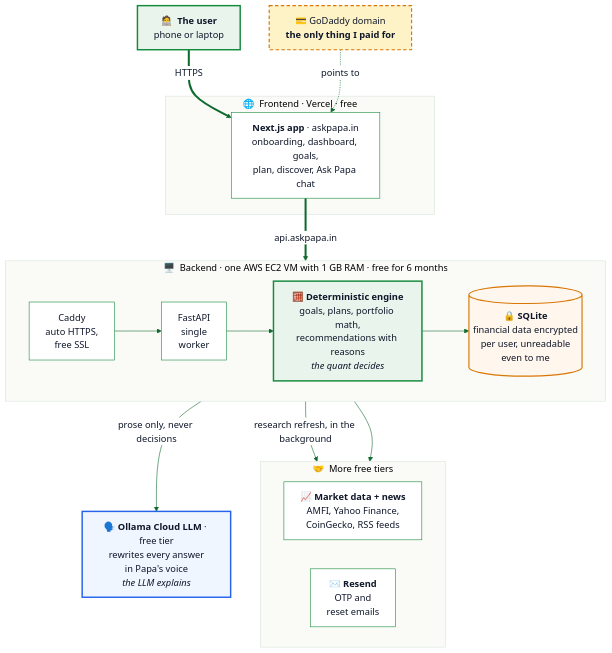
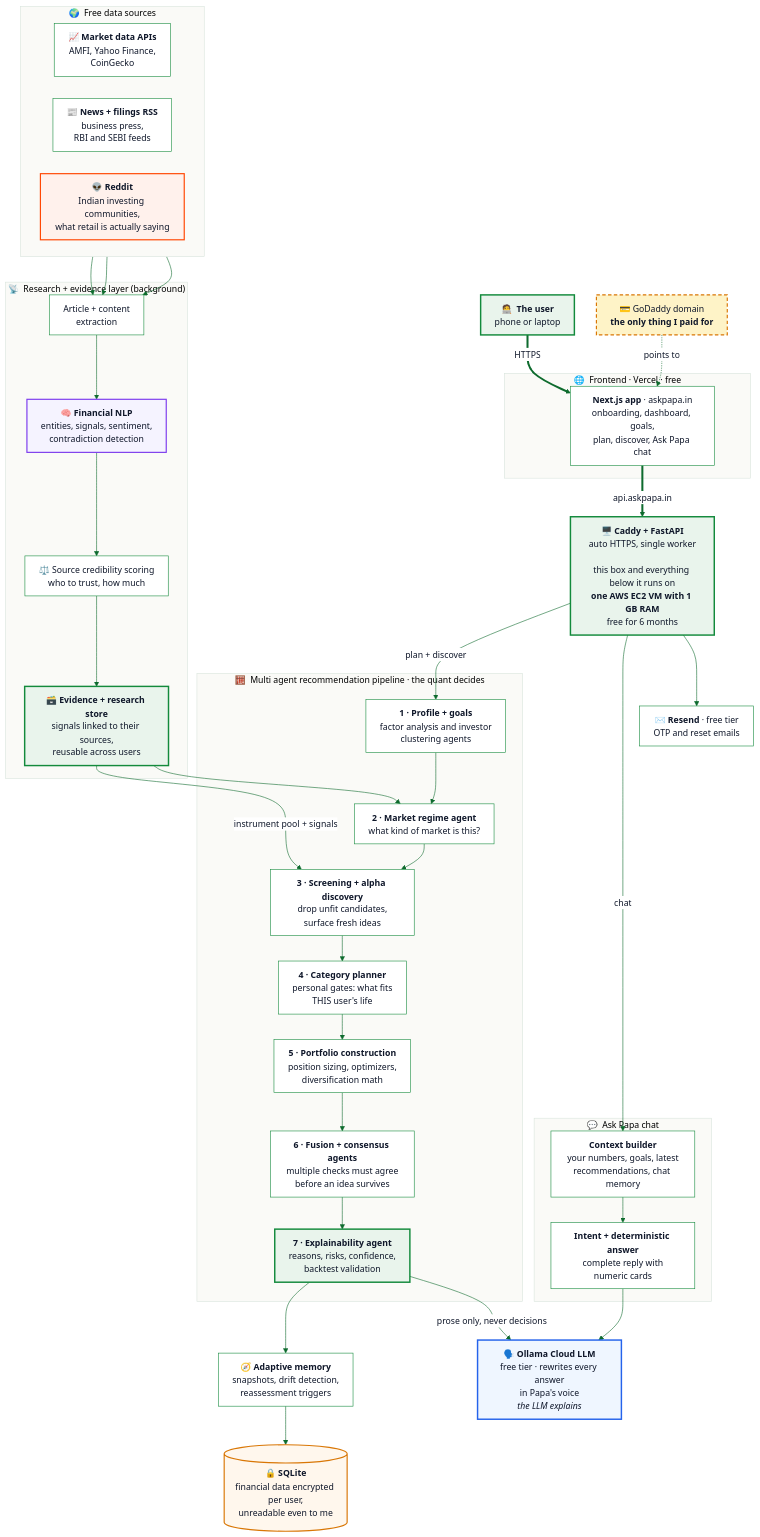
One commit to Fragger13/ai-investment-manager changed the diagram in docs/medium-article/diagrams/architecture.mmd. Above: the diagram before and after it, drawn with Mermaid. The commit also changed 2 other files, not shown here.

Commit message:
Article: detailed architecture diagram with agents and research infra
Replace the high level diagram with a detailed one: free data sources
(market APIs, news/regulator RSS, Reddit communities) feeding a research +
evidence lane (extraction, financial NLP, source credibility, evidence
store), the seven stage multi agent recommendation pipeline, the chat
service, adaptive memory, encrypted SQLite, and the LLM voice layer. Adds a
three lane walk-through paragraph to the article.

```diff
--- a/docs/medium-article/diagrams/architecture.mmd
+++ b/docs/medium-article/diagrams/architecture.mmd
@@ -1,58 +1,92 @@
 %%{init: {
   "theme": "base",
   "themeVariables": {
     "fontFamily": "Avenir, Helvetica, Arial, sans-serif",
-    "fontSize": "16px",
+    "fontSize": "15px",
     "primaryColor": "#FFFFFF",
     "primaryBorderColor": "#138A3C",
     "primaryTextColor": "#0F172A",
     "lineColor": "#0E6B2E",
     "clusterBkg": "#FAFAF7",
     "clusterBorder": "#D8E4DC",
     "edgeLabelBackground": "#FFFFFF"
   },
-  "flowchart": { "curve": "basis", "nodeSpacing": 50, "rankSpacing": 56, "padding": 14 }
+  "flowchart": { "curve": "basis", "nodeSpacing": 38, "rankSpacing": 44, "padding": 12 }
 }}%%
 flowchart TB
+    subgraph SRC["🌍 &nbsp;Free data sources"]
+        direction LR
+        MKTD["📈 <b>Market data APIs</b><br/>AMFI, Yahoo Finance,<br/>CoinGecko"]
+        RSS["📰 <b>News + filings RSS</b><br/>business press,<br/>RBI and SEBI feeds"]
+        REDDIT["👽 <b>Reddit</b><br/>Indian investing communities,<br/>what retail is actually saying"]
+    end
+
     U["🧑‍💻 &nbsp;<b>The user</b><br/>phone or laptop"]
     DOMAIN["💳 GoDaddy domain<br/><b>the only thing I paid for</b>"]
 
     subgraph FE["🌐 &nbsp;Frontend · Vercel · free"]
         NEXT["<b>Next.js app</b> · askpapa.in<br/>onboarding, dashboard, goals,<br/>plan, discover, Ask Papa chat"]
     end
 
-    subgraph VM["🖥️ &nbsp;Backend · one AWS EC2 VM with 1 GB RAM · free for 6 months"]
-        direction LR
-        CADDY["Caddy<br/>auto HTTPS,<br/>free SSL"]
-        API["FastAPI<br/>single<br/>worker"]
-        ENGINE["🧮 <b>Deterministic engine</b><br/>goals, plans, portfolio math,<br/>recommendations with reasons<br/><i>the quant decides</i>"]
-        DB[("🔒 <b>SQLite</b><br/>financial data encrypted<br/>per user, unreadable<br/>even to me")]
-        CADDY --> API --> ENGINE --> DB
+    APIBOX["🖥️ <b>Caddy + FastAPI</b><br/>auto HTTPS, single worker<br/><br/>this box and everything below it runs on<br/><b>one AWS EC2 VM with 1 GB RAM</b><br/>free for 6 months"]
+
+    subgraph RESEARCH["📡 &nbsp;Research + evidence layer (background)"]
+        EXTRACT["Article + content<br/>extraction"]
+        NLPX["🧠 <b>Financial NLP</b><br/>entities, signals, sentiment,<br/>contradiction detection"]
+        CRED["⚖️ Source credibility scoring<br/>who to trust, how much"]
+        EVID["🗃️ <b>Evidence + research store</b><br/>signals linked to their sources,<br/>reusable across users"]
+        EXTRACT --> NLPX --> CRED --> EVID
     end
 
-    LLM["🗣️ <b>Ollama Cloud LLM</b> · free tier<br/>rewrites every answer<br/>in Papa's voice<br/><i>the LLM explains</i>"]
+    subgraph PIPE["🧮 &nbsp;Multi agent recommendation pipeline · the quant decides"]
+        PROF["<b>1 · Profile + goals</b><br/>factor analysis and investor<br/>clustering agents"]
+        REGIME["<b>2 · Market regime agent</b><br/>what kind of market is this?"]
+        SCREEN["<b>3 · Screening + alpha discovery</b><br/>drop unfit candidates,<br/>surface fresh ideas"]
+        GATES["<b>4 · Category planner</b><br/>personal gates: what fits<br/>THIS user's life"]
+        BUILD["<b>5 · Portfolio construction</b><br/>position sizing, optimizers,<br/>diversification math"]
+        CONS["<b>6 · Fusion + consensus agents</b><br/>multiple checks must agree<br/>before an idea survives"]
+        EXPLAIN["<b>7 · Explainability agent</b><br/>reasons, risks, confidence,<br/>backtest validation"]
+        PROF --> REGIME --> SCREEN --> GATES --> BUILD --> CONS --> EXPLAIN
+    end
 
-    subgraph EXT["🤝 &nbsp;More free tiers"]
-        direction LR
-        MKT["📈 <b>Market data + news</b><br/>AMFI, Yahoo Finance,<br/>CoinGecko, RSS feeds"]
-        MAIL["✉️ <b>Resend</b><br/>OTP and<br/>reset emails"]
+    subgraph CHATG["💬 &nbsp;Ask Papa chat"]
+        CTX["<b>Context builder</b><br/>your numbers, goals, latest<br/>recommendations, chat memory"]
+        BASE["<b>Intent + deterministic answer</b><br/>complete reply with<br/>numeric cards"]
+        CTX --> BASE
     end
+
+    MEM["🧭 <b>Adaptive memory</b><br/>snapshots, drift detection,<br/>reassessment triggers"]
+    DB[("🔒 <b>SQLite</b><br/>financial data encrypted per user,<br/>unreadable even to me")]
+    LLM["🗣️ <b>Ollama Cloud LLM</b><br/>free tier · rewrites every answer<br/>in Papa's voice<br/><i>the LLM explains</i>"]
+    MAIL["✉️ <b>Resend</b> · free tier<br/>OTP and reset emails"]
 
     U ==>|HTTPS| NEXT
     DOMAIN -. points to .-> NEXT
-    NEXT ==>|api.askpapa.in| CADDY
-    ENGINE -->|"prose only, never decisions"| LLM
-    API -->|"research refresh, in the background"| MKT
-    API --> MAIL
+    NEXT ==>|api.askpapa.in| APIBOX
+    APIBOX -->|"plan + discover"| PROF
+    APIBOX -->|chat| CTX
+    APIBOX --> MAIL
+    MKTD --> EXTRACT
+    RSS --> EXTRACT
+    REDDIT --> EXTRACT
+    EVID -->|"instrument pool + signals"| SCREEN
+    EVID --> REGIME
+    EXPLAIN --> MEM --> DB
+    EXPLAIN -->|"prose only, never decisions"| LLM
+    BASE --> LLM
 
     classDef user fill:#E9F4EC,stroke:#138A3C,stroke-width:2.5px;
     classDef engine fill:#E9F4EC,stroke:#138A3C,stroke-width:2.5px;
     classDef llm fill:#EFF6FF,stroke:#2563EB,stroke-width:2.5px;
     classDef data fill:#FFF7ED,stroke:#D97706,stroke-width:2px;
     classDef paid fill:#FEF3C7,stroke:#D97706,stroke-width:2px,stroke-dasharray:6 4;
+    classDef reddit fill:#FFF1EC,stroke:#FF4500,stroke-width:2px;
+    classDef nlp fill:#F5F3FF,stroke:#7C3AED,stroke-width:2px;
 
     class U user
-    class ENGINE engine
+    class EXPLAIN,EVID,APIBOX engine
     class LLM llm
     class DB data
     class DOMAIN paid
+    class REDDIT reddit
+    class NLPX nlp
```
